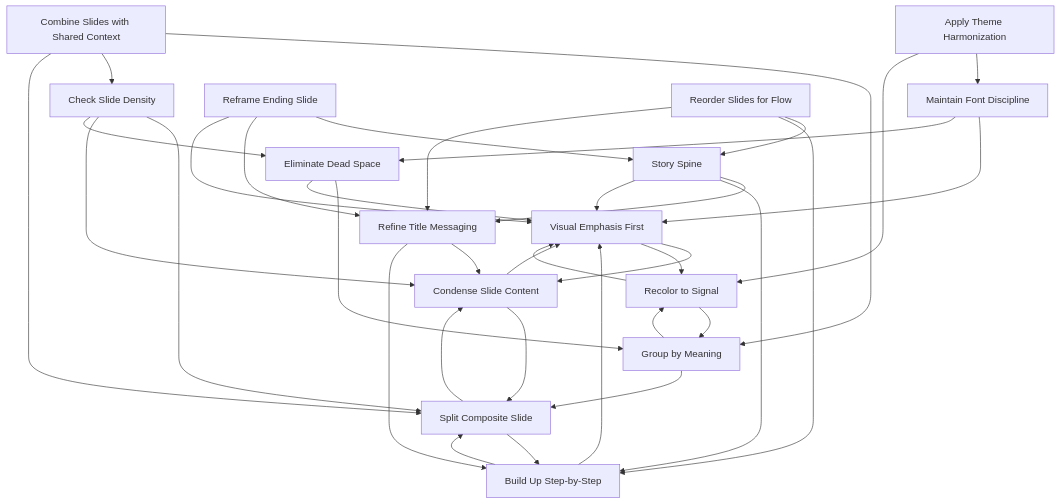
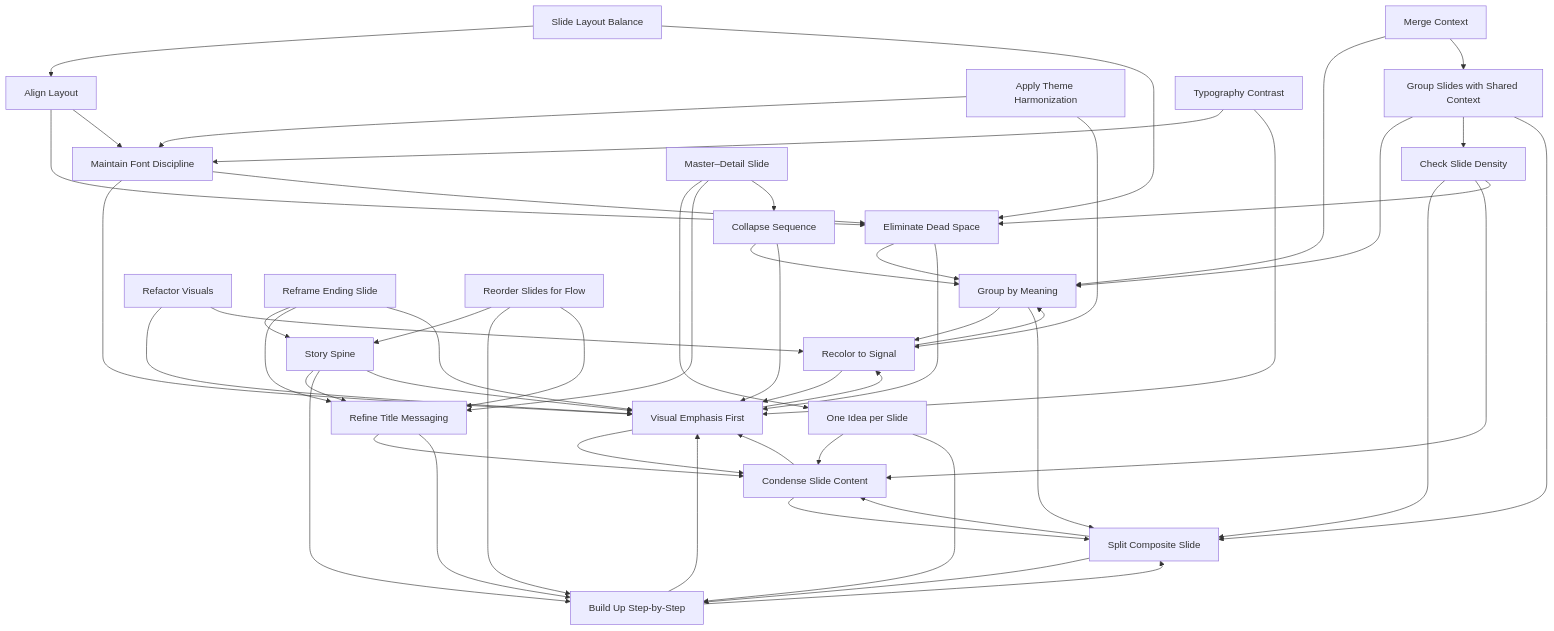
One commit to feststelltaste/slidedecks-refactoring-patterns changed the diagram in README.md. Above: the diagram before and after it, drawn with Mermaid.

Commit message:
fix graph generation

````diff
--- a/README.md
+++ b/README.md
@@ -722,54 +722,79 @@
 ```mermaid
 graph TD;
+    AlignLayout["Align Layout"];
     ApplyThemeHarmonization["Apply Theme Harmonization"];
     BuildUpStepbyStep["Build Up Step-by-Step"];
     CheckSlideDensity["Check Slide Density"];
-    CombineSlideswithSharedContext["Combine Slides with Shared Context"];
+    CollapseSequence["Collapse Sequence"];
     CondenseSlideContent["Condense Slide Content"];
     EliminateDeadSpace["Eliminate Dead Space"];
+    GroupSlideswithSharedContext["Group Slides with Shared Context"];
     GroupbyMeaning["Group by Meaning"];
     MaintainFontDiscipline["Maintain Font Discipline"];
+    MasterDetailSlide["Master–Detail Slide"];
+    MergeContext["Merge Context"];
+    OneIdeaperSlide["One Idea per Slide"];
     RecolortoSignal["Recolor to Signal"];
+    RefactorVisuals["Refactor Visuals"];
     RefineTitleMessaging["Refine Title Messaging"];
     ReframeEndingSlide["Reframe Ending Slide"];
     ReorderSlidesforFlow["Reorder Slides for Flow"];
+    SlideLayoutBalance["Slide Layout Balance"];
     SplitCompositeSlide["Split Composite Slide"];
     StorySpine["Story Spine"];
+    TypographyContrast["Typography Contrast"];
     VisualEmphasisFirst["Visual Emphasis First"];
 
     RefineTitleMessaging --> CondenseSlideContent;
     RefineTitleMessaging --> BuildUpStepbyStep;
     VisualEmphasisFirst --> CondenseSlideContent;
     VisualEmphasisFirst --> RecolortoSignal;
     RecolortoSignal --> VisualEmphasisFirst;
     RecolortoSignal --> GroupbyMeaning;
     MaintainFontDiscipline --> VisualEmphasisFirst;
     MaintainFontDiscipline --> EliminateDeadSpace;
     EliminateDeadSpace --> GroupbyMeaning;
     EliminateDeadSpace --> VisualEmphasisFirst;
+    RefactorVisuals --> VisualEmphasisFirst;
+    RefactorVisuals --> RecolortoSignal;
+    AlignLayout --> EliminateDeadSpace;
+    AlignLayout --> MaintainFontDiscipline;
+    SlideLayoutBalance --> AlignLayout;
+    SlideLayoutBalance --> EliminateDeadSpace;
+    TypographyContrast --> MaintainFontDiscipline;
+    TypographyContrast --> VisualEmphasisFirst;
     CondenseSlideContent --> SplitCompositeSlide;
     CondenseSlideContent --> VisualEmphasisFirst;
     SplitCompositeSlide --> CondenseSlideContent;
     SplitCompositeSlide --> BuildUpStepbyStep;
     GroupbyMeaning --> RecolortoSignal;
     GroupbyMeaning --> SplitCompositeSlide;
     CheckSlideDensity --> SplitCompositeSlide;
     CheckSlideDensity --> CondenseSlideContent;
     CheckSlideDensity --> EliminateDeadSpace;
-    CombineSlideswithSharedContext --> GroupbyMeaning;
-    CombineSlideswithSharedContext --> CheckSlideDensity;
-    CombineSlideswithSharedContext --> SplitCompositeSlide;
+    GroupSlideswithSharedContext --> GroupbyMeaning;
+    GroupSlideswithSharedContext --> CheckSlideDensity;
+    GroupSlideswithSharedContext --> SplitCompositeSlide;
+    OneIdeaperSlide --> CondenseSlideContent;
+    OneIdeaperSlide --> BuildUpStepbyStep;
+    CollapseSequence --> GroupbyMeaning;
+    CollapseSequence --> VisualEmphasisFirst;
+    MergeContext --> GroupbyMeaning;
+    MergeContext --> GroupSlideswithSharedContext;
     StorySpine --> RefineTitleMessaging;
     StorySpine --> BuildUpStepbyStep;
     StorySpine --> VisualEmphasisFirst;
     ReorderSlidesforFlow --> StorySpine;
     ReorderSlidesforFlow --> BuildUpStepbyStep;
     ReorderSlidesforFlow --> RefineTitleMessaging;
     BuildUpStepbyStep --> SplitCompositeSlide;
     BuildUpStepbyStep --> VisualEmphasisFirst;
     ApplyThemeHarmonization --> MaintainFontDiscipline;
     ApplyThemeHarmonization --> RecolortoSignal;
     ReframeEndingSlide --> StorySpine;
     ReframeEndingSlide --> RefineTitleMessaging;
     ReframeEndingSlide --> VisualEmphasisFirst;
+    MasterDetailSlide --> OneIdeaperSlide;
+    MasterDetailSlide --> RefineTitleMessaging;
+    MasterDetailSlide --> CollapseSequence;
 ```
````
